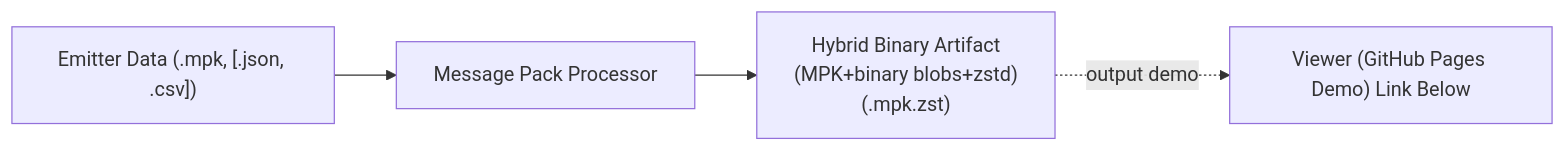
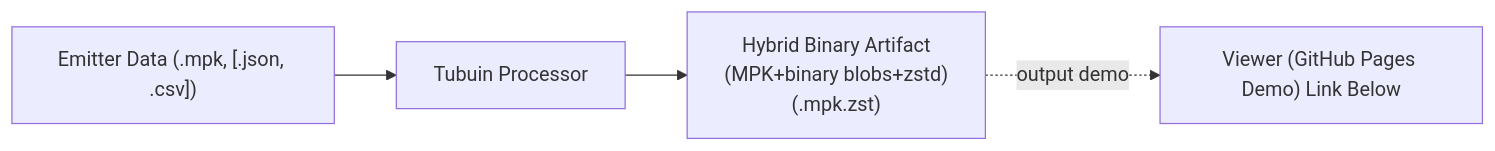
One commit to anovio1/message-pack-parser changed the first of 2 diagrams in README.md. Above: the diagram before and after it, drawn with Mermaid. The commit also changed other lines of this file and 83 other files, not shown here.

````diff
--- a/README.md
+++ b/README.md
@@ -25,6 +25,6 @@
 ```mermaid
 graph LR
-    A["Emitter Data (.mpk, [.json, .csv])"] --> B["Message Pack Processor"]
+    A["Emitter Data (.mpk, [.json, .csv])"] --> B["Tubuin Processor"]
     B --> C["Hybrid Binary Artifact<br>(MPK+binary blobs+zstd)<br>(.mpk.zst)"]
     C -."output demo".-> D["Viewer (GitHub Pages Demo) Link Below"]
 ```
````
